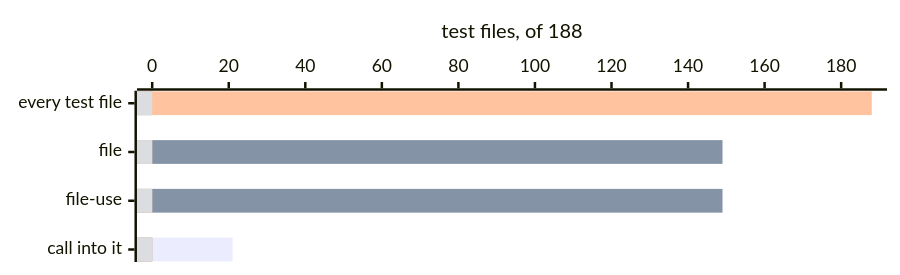
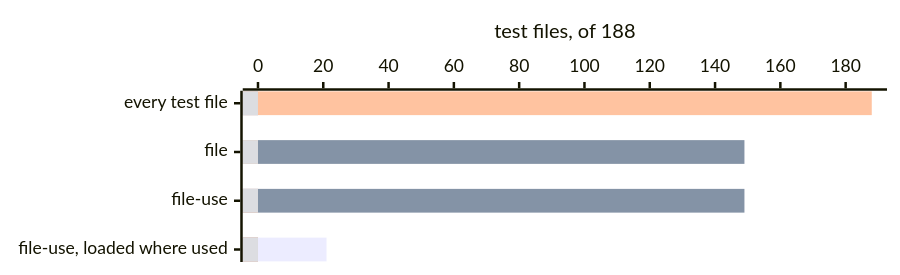
The fifth of 8 diagrams in docs/selecting.md (Variance-Authority/variance-authority), drawn with Mermaid before and after one commit. The commit also changed other lines of this file, not shown here.

Commit message:
docs(selecting): define the steps before their figures, and say what a shared graph costs each mode

````diff
--- a/docs/selecting.md
+++ b/docs/selecting.md
@@ -348,15 +387,15 @@
 ```mermaid
 ---
 config:
   xyChart:
     height: 200
 ---
 xychart-beta horizontal
   accTitle: Test files that load hydration.ts in TanStack Query, and the ones that call a function in it
-  x-axis ["every test file", "file", "file-use", "call into it"]
+  x-axis ["every test file", "file", "file-use", "file-use, loaded where used"]
   y-axis "test files, of 188" 0 --> 188
   bar [0, 0, 0, 21]
   bar [0, 149, 149, 0]
   bar [188, 0, 0, 0]
   bar [0, 0, 0, 0]
 ```
````
